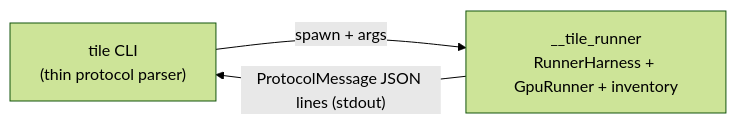
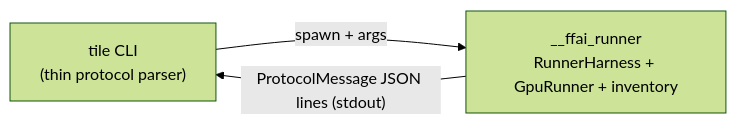
The fourth of 6 diagrams in docs/specs/ARCHITECTURE.md (giveen/iron), drawn with Mermaid (forest theme) before and after one commit. The commit also changed other lines of this file and 518 other files, not shown here.

First line of the commit message:
refactor: rebrand MetalTile → FFAI Kernels (docs, copyright, code identifiers) (#40)

````diff
--- a/docs/specs/ARCHITECTURE.md
+++ b/docs/specs/ARCHITECTURE.md
@@ -151,5 +151,5 @@
 ```mermaid
 flowchart LR
-    cli["tile CLI<br/>(thin protocol parser)"] -- "spawn + args" --> proc["__tile_runner<br/>RunnerHarness + GpuRunner + inventory"]
+    cli["tile CLI<br/>(thin protocol parser)"] -- "spawn + args" --> proc["__ffai_runner<br/>RunnerHarness + GpuRunner + inventory"]
     proc -- "ProtocolMessage JSON lines (stdout)" --> cli
 ```
````
